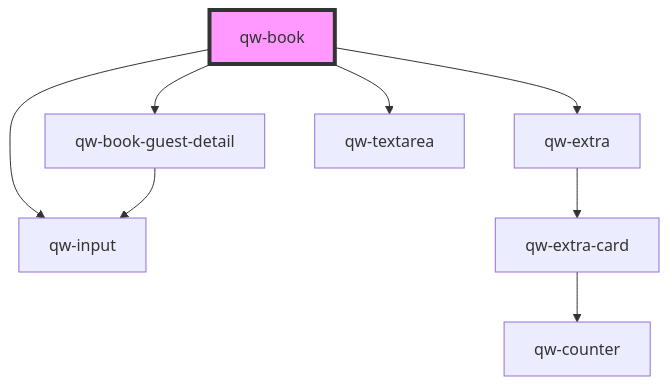
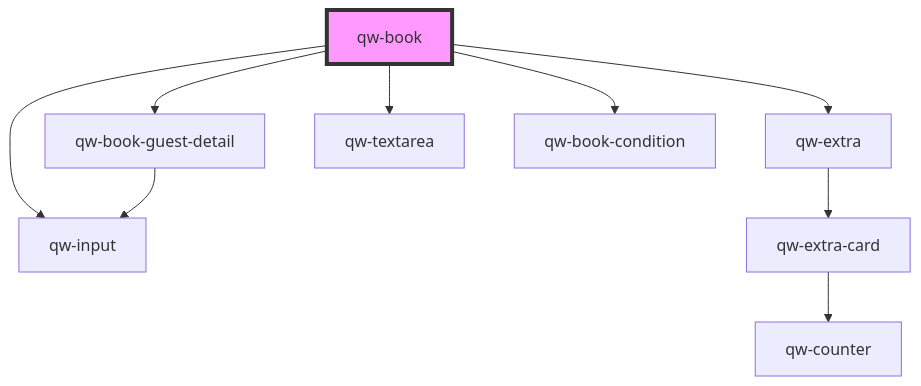
One commit to qwentes-team/qw-hotels changed the diagram in src/components/qw-book/readme.md. Above: the diagram before and after it, drawn with Mermaid. The commit also changed other lines of this file and 3 other files, not shown here.

Commit message:
chore(qw-book-condition): removed formQuote

````diff
--- a/src/components/qw-book/readme.md
+++ b/src/components/qw-book/readme.md
@@ -25,11 +26,12 @@
 ```mermaid
 graph TD;
   qw-book --> qw-book-guest-detail
   qw-book --> qw-extra
   qw-book --> qw-textarea
+  qw-book --> qw-book-condition
   qw-book --> qw-input
   qw-book-guest-detail --> qw-input
   qw-extra --> qw-extra-card
   qw-extra-card --> qw-counter
   style qw-book fill:#f9f,stroke:#333,stroke-width:4px
 ```
````
